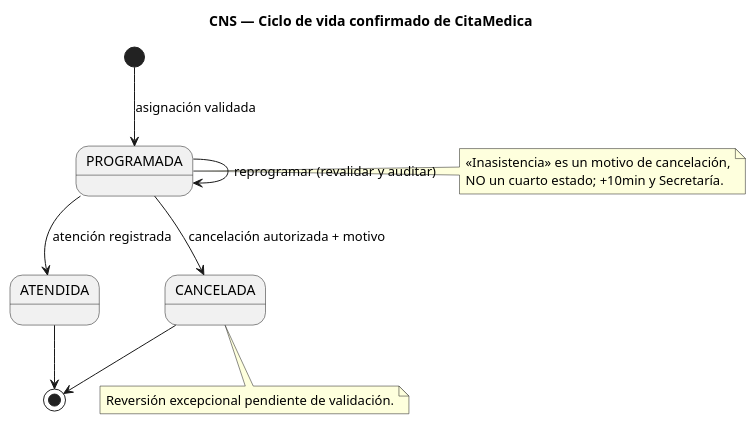
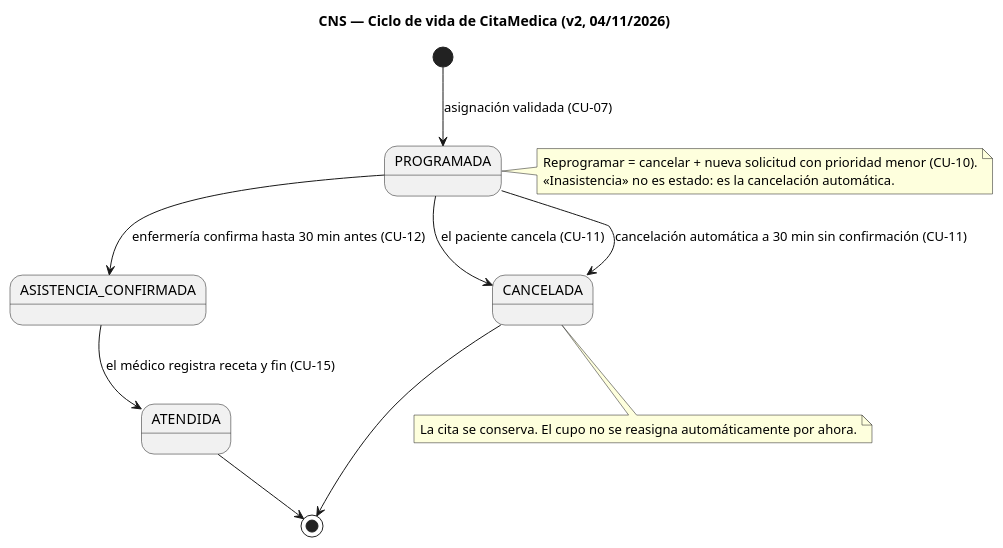
One commit to INTERNO-TRABAJO-CNS/Hospital-Obrero-Interno changed the diagram in 03_des/02-arquitecturaGeneral/diagramas/ARQ-05_EstadosCita.puml. Above: the diagram before and after it, drawn with PlantUML. The commit also changed 204 other files, not shown here.

Commit message:
actualización de cada CU, RF, RNF, diagramas de comportamieno, de estado, reasignación de tareas en general

```diff
--- a/03_des/02-arquitecturaGeneral/diagramas/ARQ-05_EstadosCita.puml
+++ b/03_des/02-arquitecturaGeneral/diagramas/ARQ-05_EstadosCita.puml
@@ -1,16 +1,17 @@
 @startuml
-title CNS — Ciclo de vida confirmado de CitaMedica
-[*] --> PROGRAMADA : asignación validada
-PROGRAMADA --> ATENDIDA : atención registrada
-PROGRAMADA --> CANCELADA : cancelación autorizada + motivo
-PROGRAMADA --> PROGRAMADA : reprogramar (revalidar y auditar)
+title CNS — Ciclo de vida de CitaMedica (v2, 04/11/2026)
+[*] --> PROGRAMADA : asignación validada (CU-07)
+PROGRAMADA --> ASISTENCIA_CONFIRMADA : enfermería confirma hasta 30 min antes (CU-12)
+PROGRAMADA --> CANCELADA : el paciente cancela (CU-11)
+PROGRAMADA --> CANCELADA : cancelación automática a 30 min sin confirmación (CU-11)
+ASISTENCIA_CONFIRMADA --> ATENDIDA : el médico registra receta y fin (CU-15)
 ATENDIDA --> [*]
 CANCELADA --> [*]
 note right of PROGRAMADA
-«Inasistencia» es un motivo de cancelación,
-NO un cuarto estado; +10min y Secretaría.
+Reprogramar = cancelar + nueva solicitud con prioridad menor (CU-10).
+«Inasistencia» no es estado: es la cancelación automática.
 end note
 note bottom of CANCELADA
-Reversión excepcional pendiente de validación.
+La cita se conserva. El cupo no se reasigna automáticamente por ahora.
 end note
 @enduml
```
